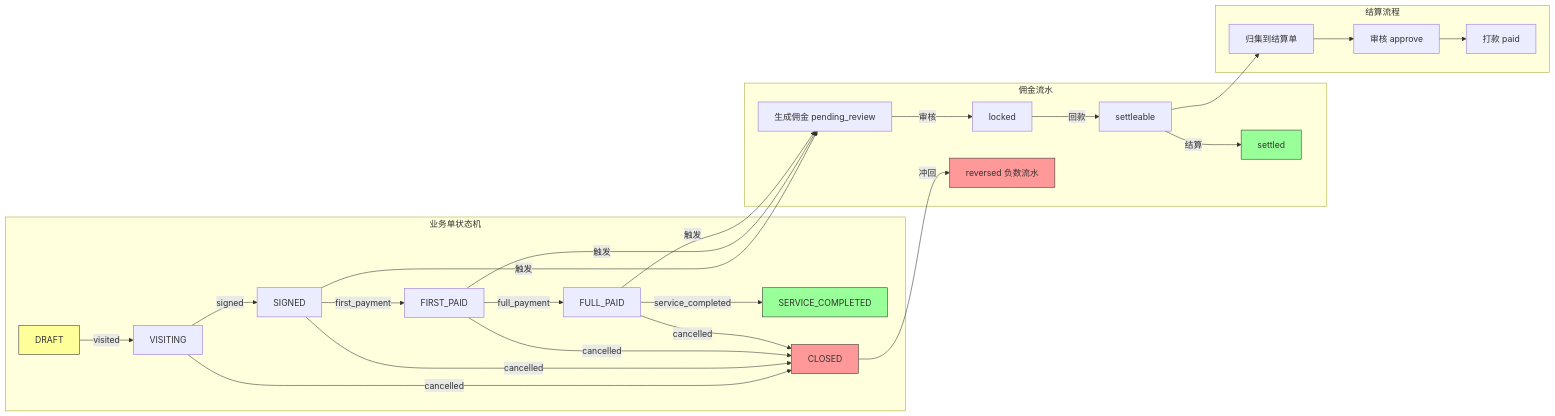
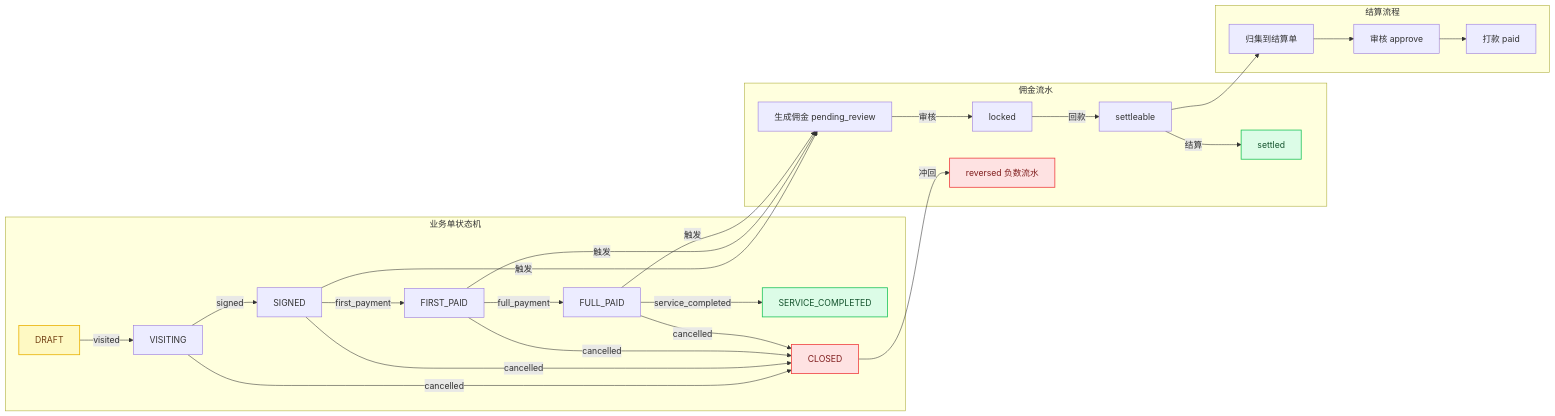
The diagram in architecture/commission-pipeline.md (StevenTsai/distribution-architecture), drawn with Mermaid before and after one commit. The commit also changed 16 other files, not shown here.

First line of the commit message:
feat(docs): render Mermaid diagrams and fix case-study 404s

````diff
--- a/architecture/commission-pipeline.md
+++ b/architecture/commission-pipeline.md
@@ -11,36 +11,39 @@
 ```mermaid
 flowchart LR
     subgraph 业务单状态机
         A[DRAFT] -->|visited| B[VISITING]
         B -->|signed| C[SIGNED]
         C -->|first_payment| D[FIRST_PAID]
         D -->|full_payment| E[FULL_PAID]
         E -->|service_completed| F[SERVICE_COMPLETED]
         B -->|cancelled| G[CLOSED]
         C -->|cancelled| G
         D -->|cancelled| G
         E -->|cancelled| G
     end
 
     subgraph 佣金流水
         C -->|触发| H[生成佣金 pending_review]
         D -->|触发| H
         E -->|触发| H
         H -->|审核| I[locked]
         I -->|回款| J[settleable]
         J -->|结算| K[settled]
         G -->|冲回| L[reversed 负数流水]
     end
 
     subgraph 结算流程
         J --> M[归集到结算单]
         M --> N[审核 approve]
         N --> O[打款 paid]
     end
 
-    style A fill:#ff9,stroke:#333
-    style F fill:#9f9,stroke:#333
-    style G fill:#f99,stroke:#333
-    style K fill:#9f9,stroke:#333
-    style L fill:#f99,stroke:#333
+    class A warning
+    class F success
+    class G danger
+    class K success
+    class L danger
+    classDef success fill:#dcfce7,stroke:#22c55e,color:#14532d,stroke-width:1.5px
+    classDef warning fill:#fef9c3,stroke:#eab308,color:#713f12,stroke-width:1.5px
+    classDef danger fill:#fee2e2,stroke:#ef4444,color:#7f1d1d,stroke-width:1.5px
 ```
````
